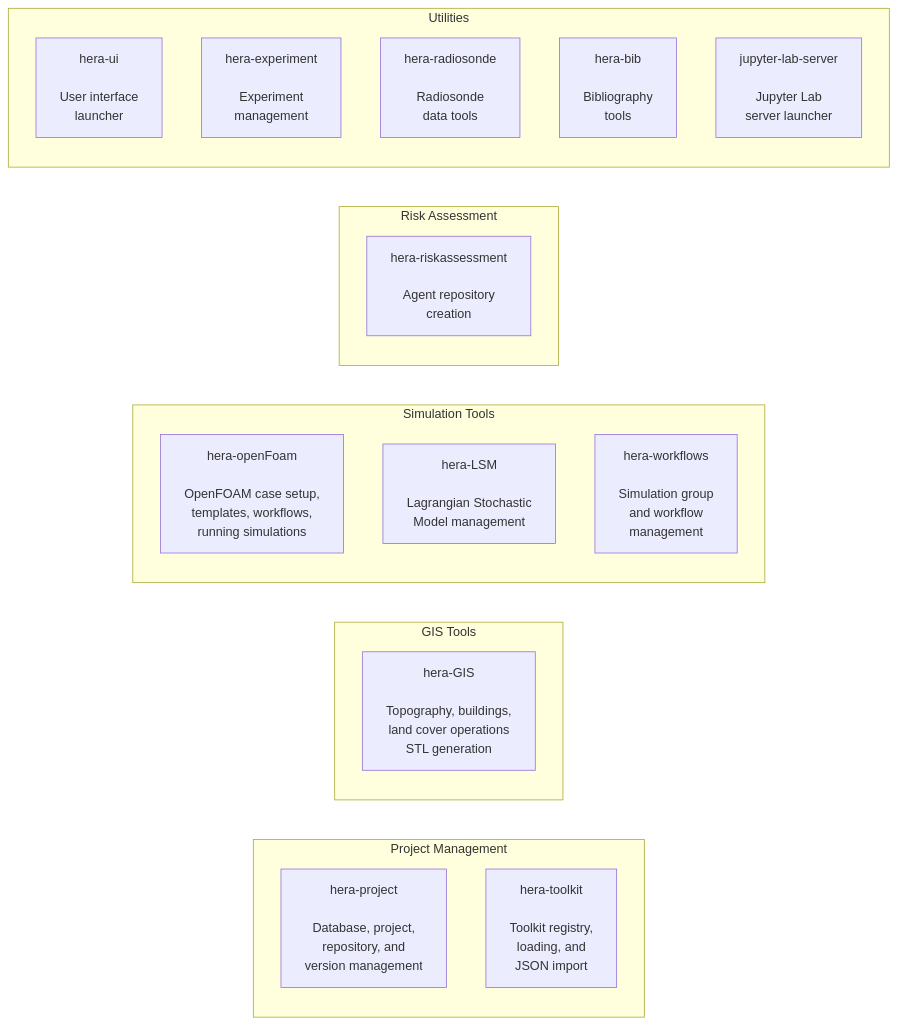
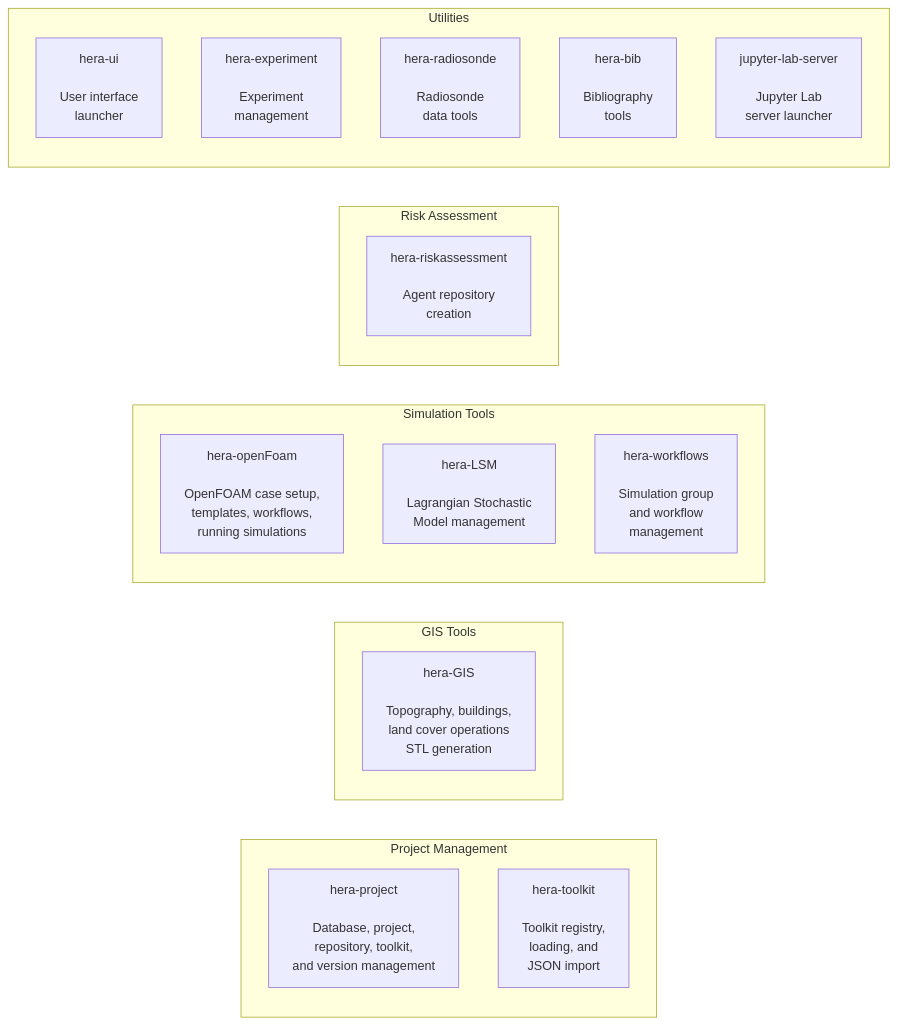
Before and after one commit to KaplanOpenSource/hera: the diagram in docs/cli/reference.md, drawn with Mermaid. The commit also changed other lines of this file and 1 other file, not shown here.

First line of the commit message:
Fix hera-project argparse help strings and complete CLI docs

````diff
--- a/docs/cli/reference.md
+++ b/docs/cli/reference.md
@@ -9,34 +9,34 @@
 ```mermaid
 flowchart LR
     subgraph ProjectMgmt ["Project Management"]
         direction TB
-        HeraProject["hera-project\n\nDatabase, project,\nrepository, and\nversion management"]
+        HeraProject["hera-project\n\nDatabase, project,\nrepository, toolkit,\nand version management"]
         HeraToolkit["hera-toolkit\n\nToolkit registry,\nloading, and\nJSON import"]
     end
 
     subgraph GISTools ["GIS Tools"]
         direction TB
         HeraGIS["hera-GIS\n\nTopography, buildings,\nland cover operations\nSTL generation"]
     end
 
     subgraph SimTools ["Simulation Tools"]
         direction TB
         HeraOF["hera-openFoam\n\nOpenFOAM case setup,\ntemplates, workflows,\nrunning simulations"]
         HeraLSM["hera-LSM\n\nLagrangian Stochastic\nModel management"]
         HeraWorkflows["hera-workflows\n\nSimulation group\nand workflow\nmanagement"]
     end
 
     subgraph RiskTools ["Risk Assessment"]
         direction TB
         HeraRisk["hera-riskassessment\n\nAgent repository\ncreation"]
     end
 
     subgraph Utility ["Utilities"]
         direction TB
         HeraUI["hera-ui\n\nUser interface\nlauncher"]
         HeraExp["hera-experiment\n\nExperiment\nmanagement"]
         HeraRadio["hera-radiosonde\n\nRadiosonde\ndata tools"]
         HeraBib["hera-bib\n\nBibliography\ntools"]
         JupyterLab["jupyter-lab-server\n\nJupyter Lab\nserver launcher"]
     end
 ```
````
